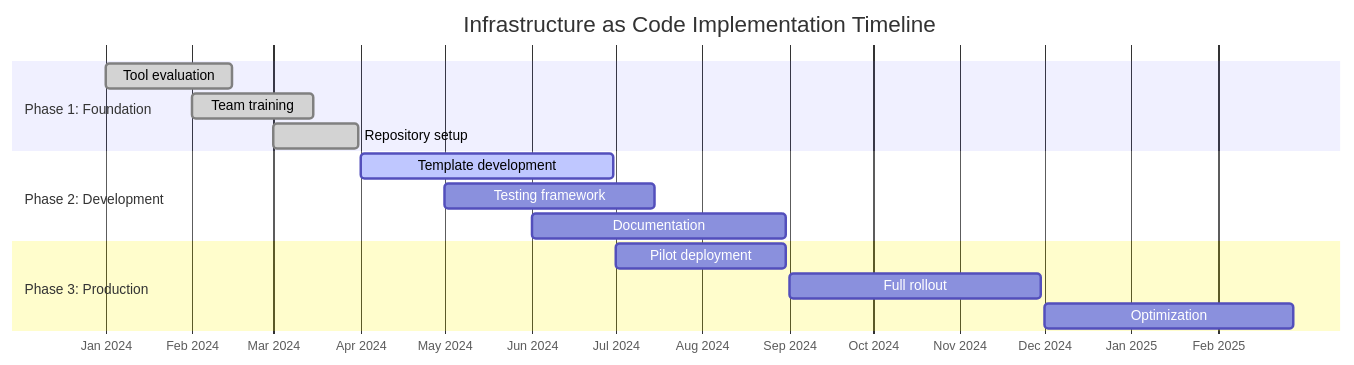
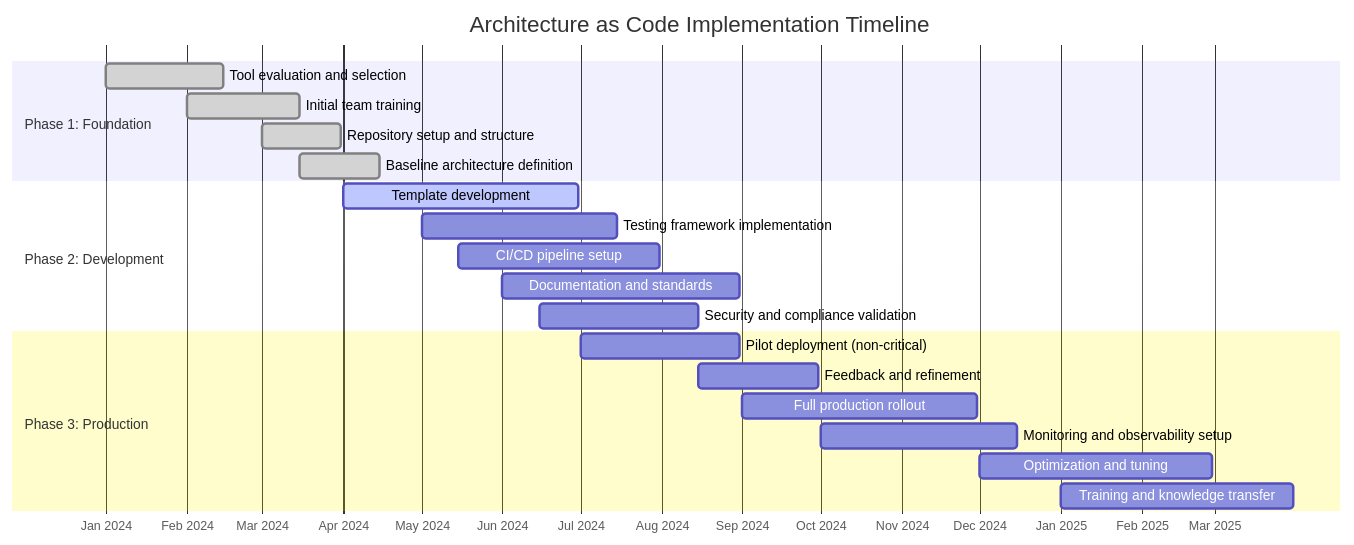
The diagram in docs/images/diagram_05_gantt_timeline.mmd (Geonitab/architecture_as_code), drawn with Mermaid before and after one commit. The commit also changed 1 other file, not shown here.

Commit message:
Increase timeline diagram height and detail

```diff
--- a/docs/images/diagram_05_gantt_timeline.mmd
+++ b/docs/images/diagram_05_gantt_timeline.mmd
@@ -1,19 +1,25 @@
 gantt
-    title Infrastructure as Code Implementation Timeline
+    title Architecture as Code Implementation Timeline
     dateFormat YYYY-MM-DD
     axisFormat %b %Y
 
     section Phase 1: Foundation
-    Tool evaluation        :done, eval, 2024-01-01, 2024-02-15
-    Team training          :done, train, 2024-02-01, 2024-03-15
-    Repository setup       :done, repo, 2024-03-01, 2024-03-31
+    Tool evaluation and selection        :done, eval, 2024-01-01, 2024-02-15
+    Initial team training                :done, train, 2024-02-01, 2024-03-15
+    Repository setup and structure       :done, repo, 2024-03-01, 2024-03-31
+    Baseline architecture definition     :done, baseline, 2024-03-15, 2024-04-15
 
     section Phase 2: Development
-    Template development   :active, dev, 2024-04-01, 2024-06-30
-    Testing framework      :test, 2024-05-01, 2024-07-15
-    Documentation          :docs, 2024-06-01, 2024-08-31
+    Template development                 :active, dev, 2024-04-01, 2024-06-30
+    Testing framework implementation     :test, 2024-05-01, 2024-07-15
+    CI/CD pipeline setup                 :cicd, 2024-05-15, 2024-07-31
+    Documentation and standards          :docs, 2024-06-01, 2024-08-31
+    Security and compliance validation   :security, 2024-06-15, 2024-08-15
 
     section Phase 3: Production
-    Pilot deployment       :pilot, 2024-07-01, 2024-08-31
-    Full rollout          :rollout, 2024-09-01, 2024-11-30
-    Optimization          :optimize, 2024-12-01, 2025-02-28
+    Pilot deployment (non-critical)      :pilot, 2024-07-01, 2024-08-31
+    Feedback and refinement              :feedback, 2024-08-15, 2024-09-30
+    Full production rollout              :rollout, 2024-09-01, 2024-11-30
+    Monitoring and observability setup   :monitor, 2024-10-01, 2024-12-15
+    Optimization and tuning              :optimize, 2024-12-01, 2025-02-28
+    Training and knowledge transfer      :knowledge, 2025-01-01, 2025-03-31
```
